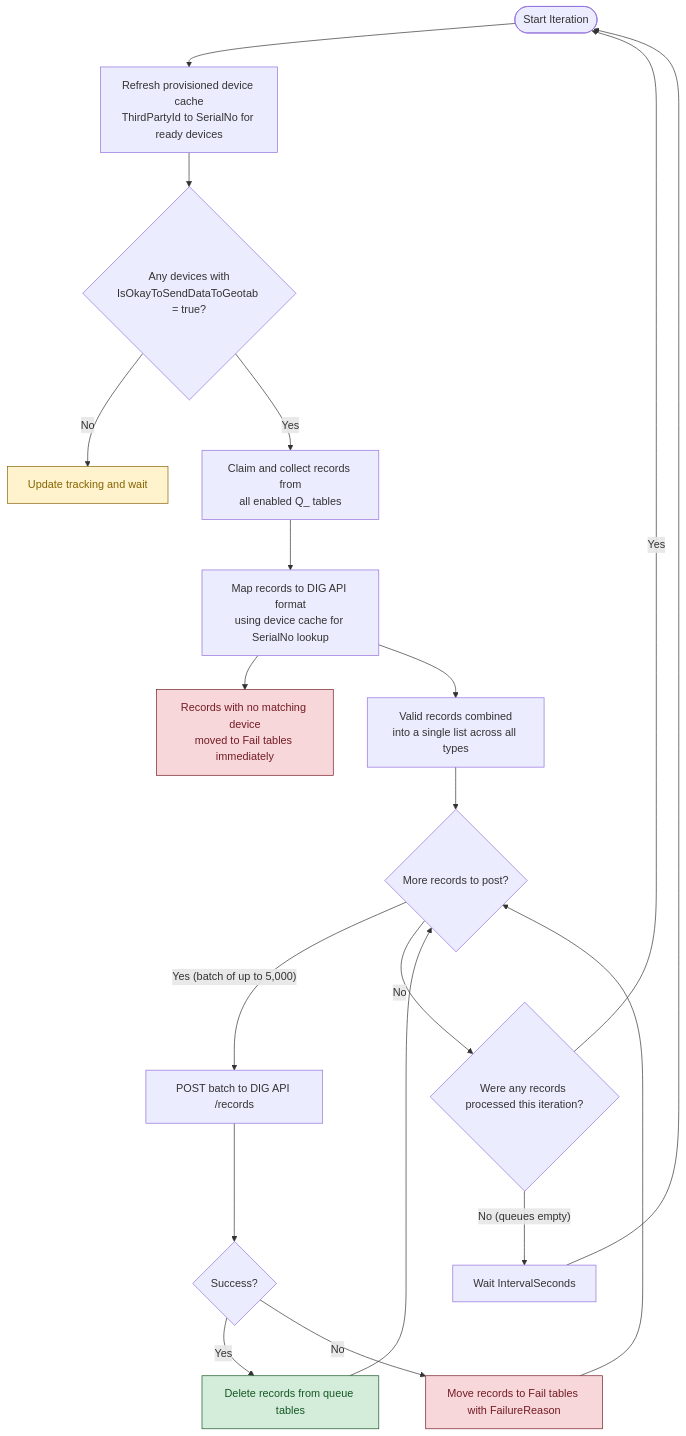
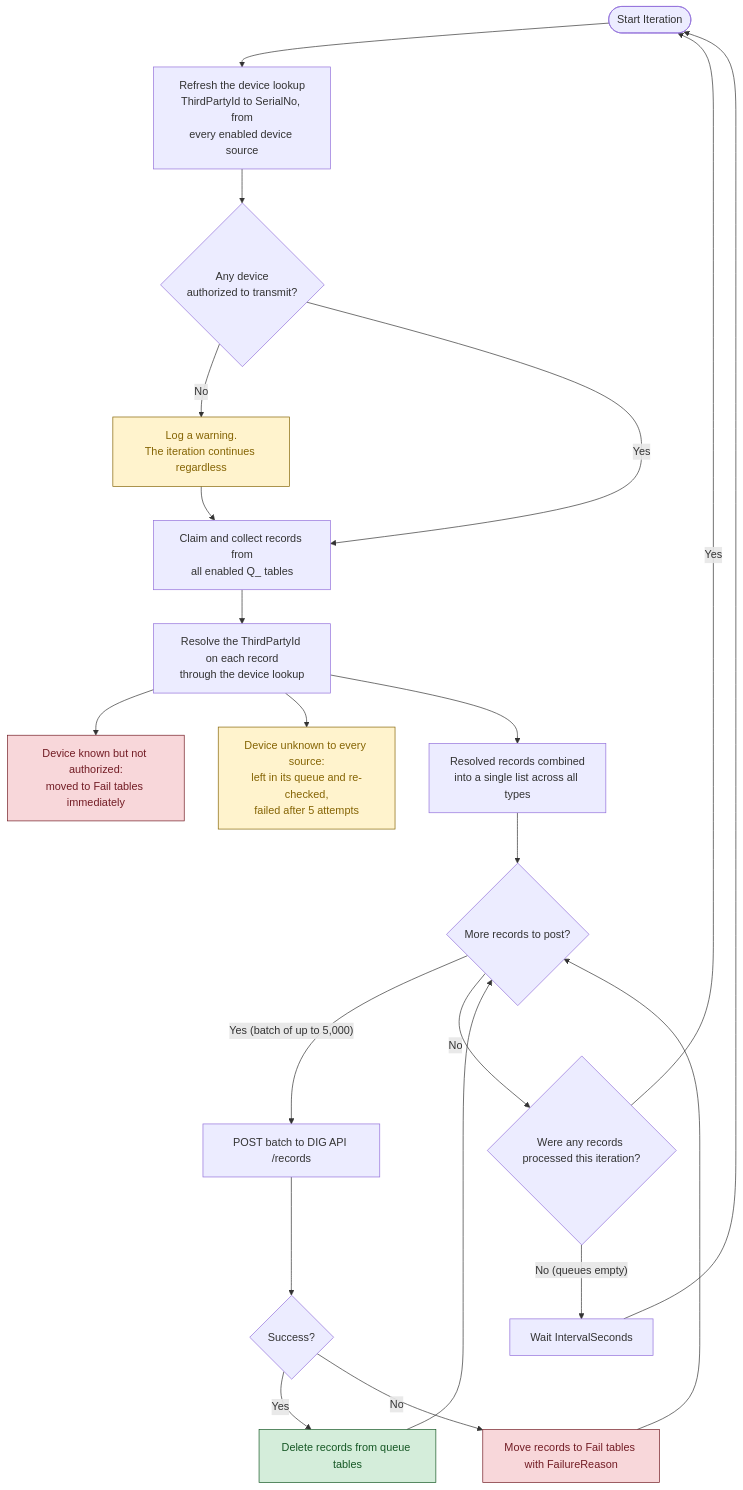
Before and after one commit to Geotab/mygeotab-api-adapter: the eighth of 9 diagrams in GeotabDIGAdapter/README.md, drawn with Mermaid. The commit also changed other lines of this file and 166 other files, not shown here.

````diff
--- a/GeotabDIGAdapter/README.md
+++ b/GeotabDIGAdapter/README.md
@@ -505,26 +1281,29 @@
 ```mermaid
 flowchart TD
-    Start([Start Iteration]) --> Cache[Refresh provisioned device cache<br/>ThirdPartyId to SerialNo for ready devices]
-    Cache --> HasDevices{Any devices with<br/>IsOkayToSendDataToGeotab = true?}
-    HasDevices -- No --> Idle[Update tracking and wait]
+    Start([Start Iteration]) --> Lookup[Refresh the device lookup<br/>ThirdPartyId to SerialNo, from<br/>every enabled device source]
+    Lookup --> HasDevices{Any device<br/>authorized to transmit?}
+    HasDevices -- No --> Warn[Log a warning.<br/>The iteration continues regardless]
     HasDevices -- Yes --> Collect[Claim and collect records from<br/>all enabled Q_ tables]
-    Collect --> FilterMap[Map records to DIG API format<br/>using device cache for SerialNo lookup]
-    FilterMap --> Unmatched[Records with no matching device<br/>moved to Fail tables immediately]
-    FilterMap --> Combined[Valid records combined<br/>into a single list across all types]
+    Warn --> Collect
+    Collect --> Resolve[Resolve the ThirdPartyId on each record<br/>through the device lookup]
+    Resolve --> Withdrawn[Device known but not authorized:<br/>moved to Fail tables immediately]
+    Resolve --> Held[Device unknown to every source:<br/>left in its queue and re-checked,<br/>failed after 5 attempts]
+    Resolve --> Combined[Resolved records combined<br/>into a single list across all types]
     Combined --> BatchLoop{More records to post?}
     BatchLoop -- "Yes (batch of up to 5,000)" --> Post[POST batch to DIG API /records]
     Post --> Result{Success?}
     Result -- Yes --> Delete[Delete records from queue tables]
     Result -- No --> Fail[Move records to Fail tables with FailureReason]
     Delete --> BatchLoop
     Fail --> BatchLoop
     BatchLoop -- No --> Check{Were any records processed this iteration?}
     Check -- Yes --> Start
     Check -- "No (queues empty)" --> Wait["Wait IntervalSeconds"]
     Wait --> Start
 
-    style Unmatched fill:#f8d7da,stroke:#721c24,color:#721c24
+    style Withdrawn fill:#f8d7da,stroke:#721c24,color:#721c24
+    style Held fill:#fff3cd,stroke:#856404,color:#856404
     style Delete fill:#d4edda,stroke:#155724,color:#155724
     style Fail fill:#f8d7da,stroke:#721c24,color:#721c24
-    style Idle fill:#fff3cd,stroke:#856404,color:#856404
+    style Warn fill:#fff3cd,stroke:#856404,color:#856404
 ```
````
